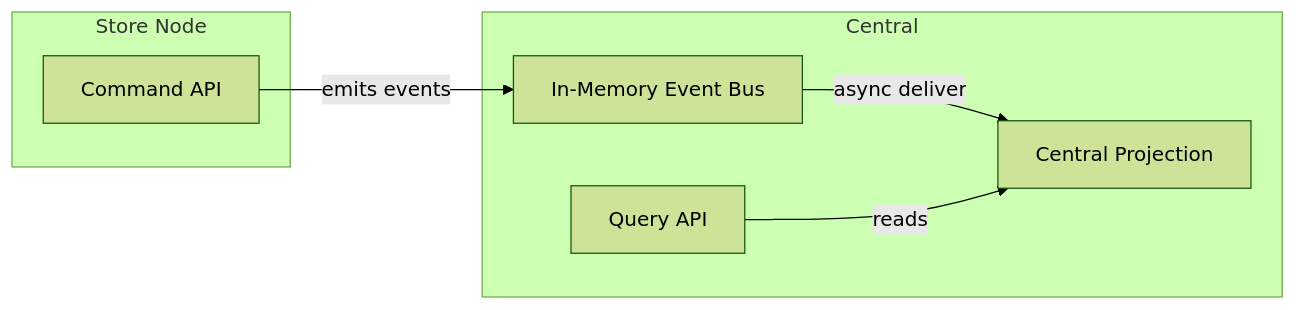
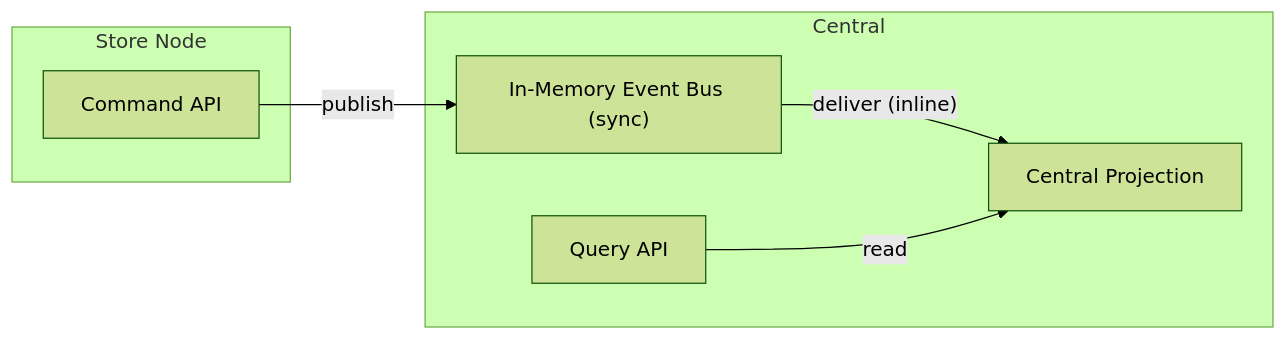
Before and after one commit to denissouzasantos/inventory-management-system: the first of 2 diagrams in README.md, drawn with Mermaid (forest theme). The commit also changed other lines of this file and 10 other files, not shown here.

Commit message:
feat: consistency-first delivery, optimistic locking via ETag, retries+DLQ with metrics; validation and tests; docs diagrams and sequence

````diff
--- a/README.md
+++ b/README.md
@@ -137,14 +152,14 @@
 ```mermaid
 flowchart LR
     subgraph Store Node
-        C[Command API]
+        C["Command API"]
     end
     subgraph Central
-        BUS[In-Memory Event Bus]
-        PROJ[Central Projection]
-        Q[Query API]
+        BUS["In-Memory Event Bus (sync)"]
+        PROJ["Central Projection"]
+        Q["Query API"]
     end
-    C -- emits events --> BUS
-    BUS -- async deliver --> PROJ
-    Q -- reads --> PROJ
+    C -- publish --> BUS
+    BUS -- deliver (inline) --> PROJ
+    Q -- read --> PROJ
 ```
````
